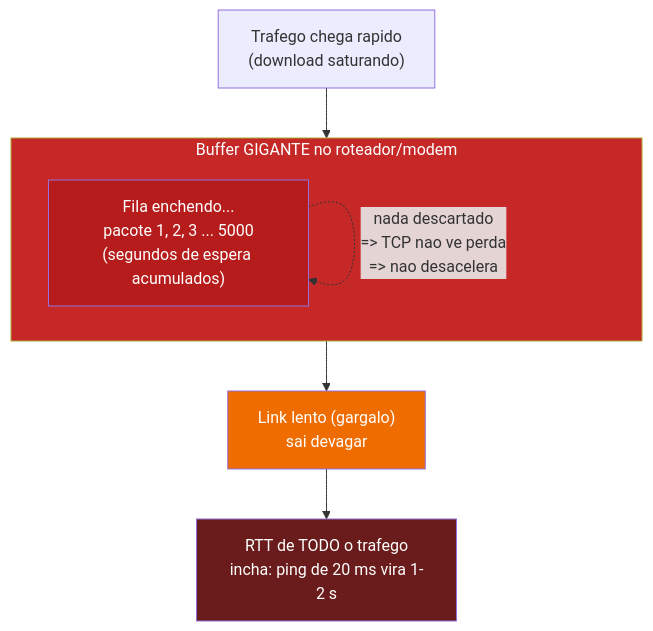
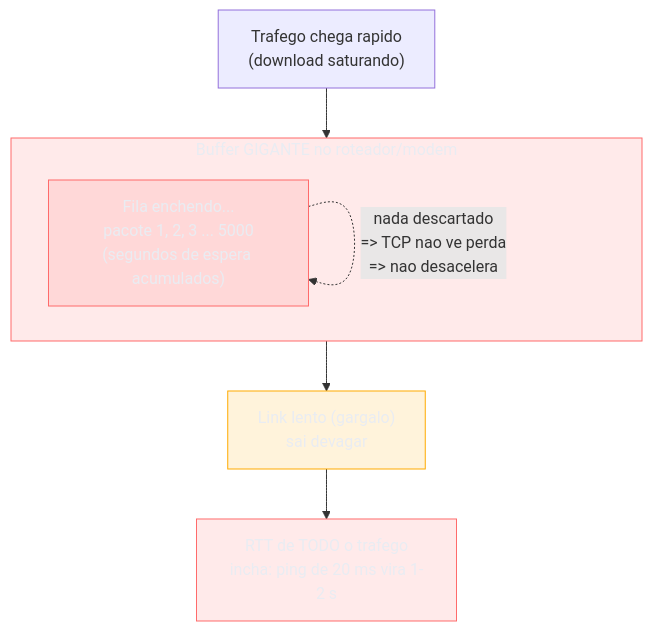
Before and after one commit to josenaldo/codex-technomanticus: the fifth of 5 diagrams in 03-Dominios/Ciência/Redes e Protocolos/12 - Latência, throughput e os números.md, drawn with Mermaid. The commit also changed other lines of this file and 1181 other files, not shown here.

First line of the commit message:
fix(diagramas): paleta do sistema no lugar de cor cravada no markdown

````diff
--- a/03-Dominios/Ciência/Redes e Protocolos/12 - Latência, throughput e os números.md
+++ b/03-Dominios/Ciência/Redes e Protocolos/12 - Latência, throughput e os números.md
@@ -267,18 +274,20 @@
 ```mermaid
 flowchart TD
+    classDef falha fill:#FF6B6B24,stroke:#FF6B6B,color:#E9ECF2
+    classDef destaque fill:#FFAA0024,stroke:#FFAA00,color:#E9ECF2
     SRC["Trafego chega rapido<br/>(download saturando)"] --> BUF
 
     subgraph BUF["Buffer GIGANTE no roteador/modem"]
         Q["Fila enchendo...<br/>pacote 1, 2, 3 ... 5000<br/>(segundos de espera acumulados)"]
     end
 
     BUF --> LINK["Link lento (gargalo)<br/>sai devagar"]
 
     Q -. "nada descartado<br/>=> TCP nao ve perda<br/>=> nao desacelera" .-> Q
     LINK --> RTT["RTT de TODO o trafego<br/>incha: ping de 20 ms vira 1-2 s"]
 
-    style BUF fill:#c62828,color:#fff
-    style Q fill:#b71c1c,color:#fff
-    style RTT fill:#6a1b1c,color:#fff
-    style LINK fill:#ef6c00,color:#fff
+    class BUF falha
+    class Q falha
+    class RTT falha
+    class LINK destaque
 ```
````
